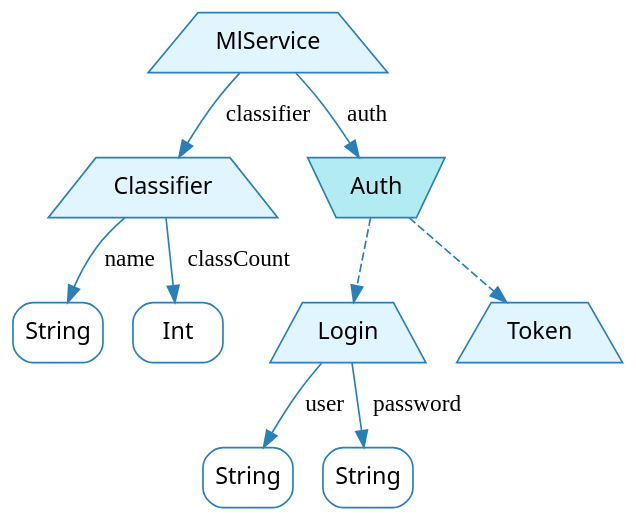
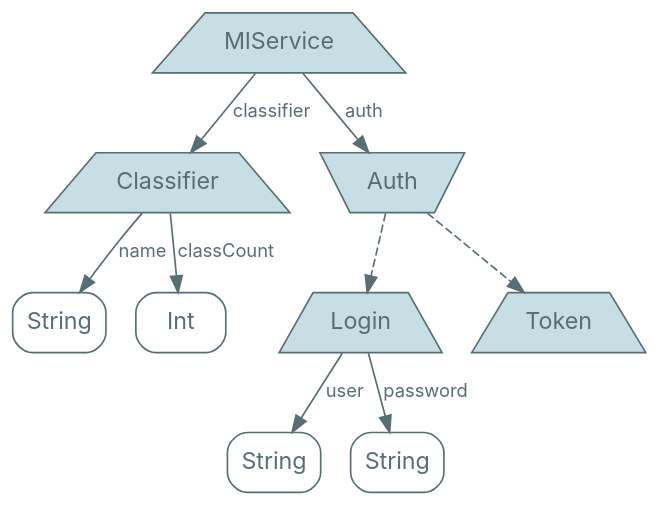
The diagram in src/graphviz/mlservice-4.dot (nrinaudo/optics-from-the-ground-up), drawn with Graphviz before and after one commit. The commit also changed 67 other files, not shown here.

```diff
--- a/src/graphviz/mlservice-4.dot
+++ b/src/graphviz/mlservice-4.dot
@@ -1,47 +1,42 @@
 digraph {
     bgcolor=transparent
 
     // Default theme
-    node[shape="rectangle" style="rounded,filled" color="#2980B9" fontname="Segoe UI,Roboto,Helvetica,Arial,sans-serif" fillcolor="#ffffff" fontcolor="#000000"]
-    edge [color="#2980B9" fontcolor="#000000"]
+    node[shape="rectangle" style="rounded,filled" color="#586E75" fillcolor="#ffffff" fontcolor="#586E75" fontname="Inter,Arial"]
+    edge[color="#586E75" fontcolor="#586E75" fontname="Inter,Arial" fontsize=11]
 
     // product types
-    mlService, classifier, login, token [shape=trapezium style=filled fillcolor="#e1f5fe"]
+    mlService, classifier, login, token [shape=trapezium style=filled fillcolor="#C8DEE5"]
 
     // sum types
-    auth[shape=invtrapezium, style=filled fillcolor="#b2ebf2"]
-
-    // Lit nodes
-    mlService, classifier, classifier_name [color="#2980B9", fontcolor="#000000"]
-    mlService, classifier [fillcolor="#e1f5fe"]
-
+    auth[shape=invtrapezium, style=filled fillcolor="#C8DEE5"]
 
     mlService[label=MlService]
 
     classifier[label=Classifier]
     classifier_name[label=String shape=box]
     classifier_classCount[label=Int shape=box]
 
     auth[label=Auth]
 
     login[label=Login]
     login_user[label=String shape=box]
     login_password[label=String shape=box]
 
     token[label=Token]
     token_token[label=String shape=box style=invis]
 
-    mlService -> classifier [label=classifier]
-    mlService -> auth [label=auth]
+    mlService -> classifier[label=classifier]
+    mlService -> auth[label=auth]
 
-    classifier -> classifier_name [label=name]
-    classifier -> classifier_classCount [label=classCount]
+    classifier -> classifier_name[label=name]
+    classifier -> classifier_classCount[label=classCount]
 
-    token -> token_token [label=token style=invis]
+    token -> token_token[label=token style=invis]
 
-    login -> login_user [label=user]
-    login -> login_password [label=password]
+    login -> login_user[label=user]
+    login -> login_password[label=password]
 
     auth -> token[style=dashed]
     auth -> login[style=dashed]
 }
```
